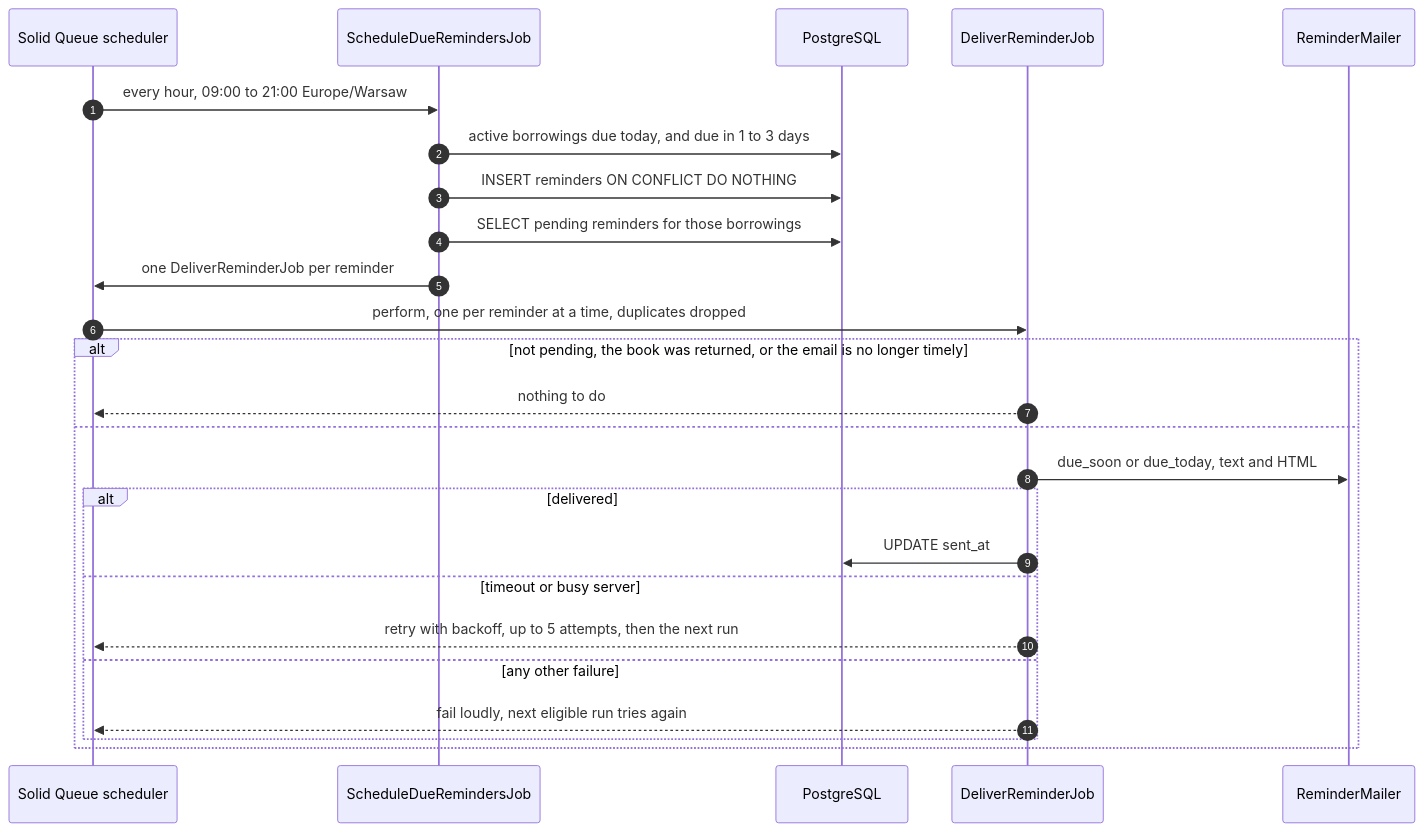
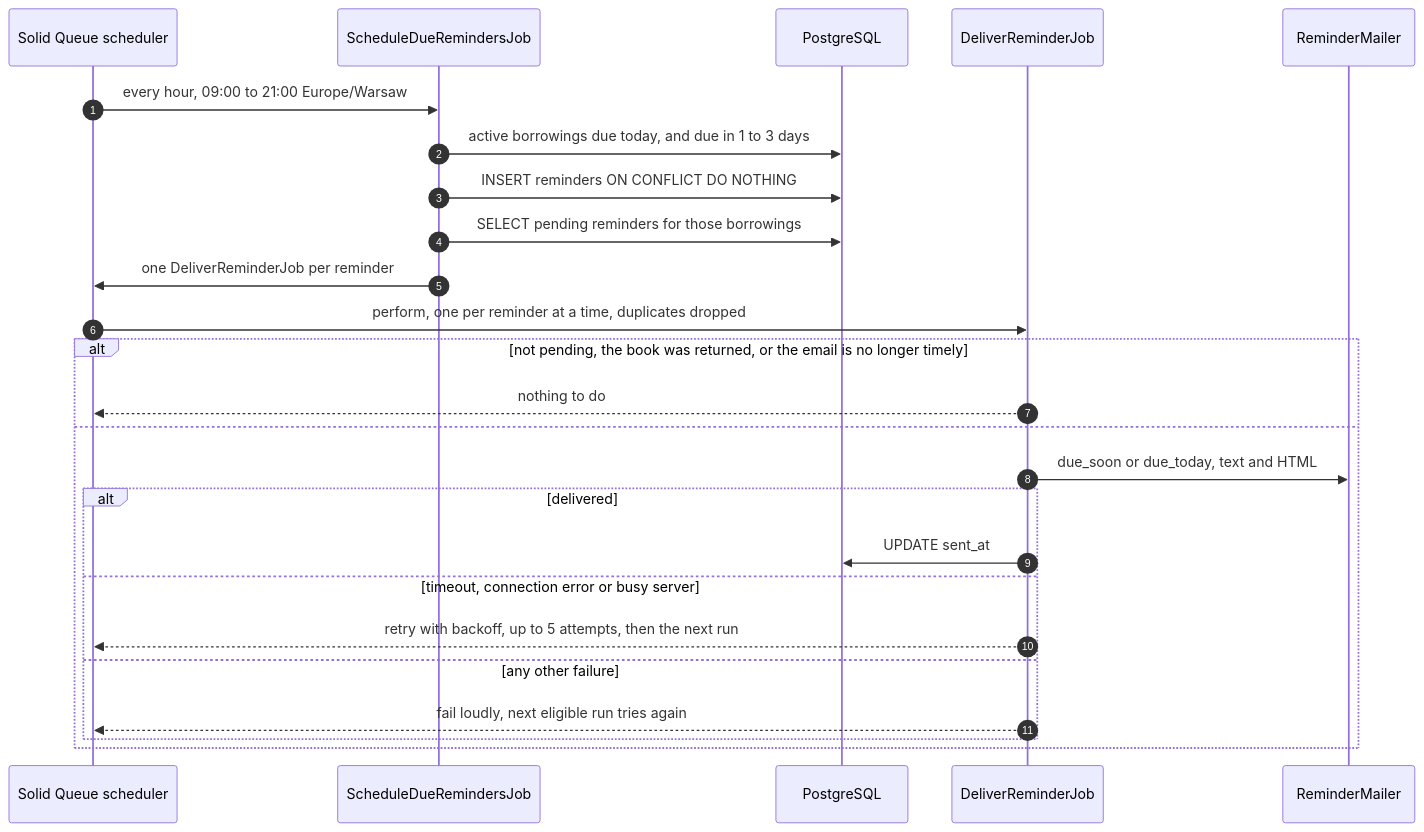
The sixth of 6 diagrams in docs/diagrams.md (bbronek/bookcase-api), drawn with Mermaid before and after one commit. The commit also changed other lines of this file and 5 other files, not shown here.

Commit message:
docs: correct the README, AGENTS.md, diagrams and API reference against the code

````diff
--- a/docs/diagrams.md
+++ b/docs/diagrams.md
@@ -152,28 +152,28 @@
 ```mermaid
 sequenceDiagram
     autonumber
     participant Q as Solid Queue scheduler
     participant S as ScheduleDueRemindersJob
     participant DB as PostgreSQL
     participant D as DeliverReminderJob
     participant M as ReminderMailer
 
     Q->>S: every hour, 09:00 to 21:00 Europe/Warsaw
     S->>DB: active borrowings due today, and due in 1 to 3 days
     S->>DB: INSERT reminders ON CONFLICT DO NOTHING
     S->>DB: SELECT pending reminders for those borrowings
     S->>Q: one DeliverReminderJob per reminder
     Q->>D: perform, one per reminder at a time, duplicates dropped
     alt not pending, the book was returned, or the email is no longer timely
         D-->>Q: nothing to do
     else
         D->>M: due_soon or due_today, text and HTML
         alt delivered
             D->>DB: UPDATE sent_at
-        else timeout or busy server
+        else timeout, connection error or busy server
             D-->>Q: retry with backoff, up to 5 attempts, then the next run
         else any other failure
             D-->>Q: fail loudly, next eligible run tries again
         end
     end
 ```
````
